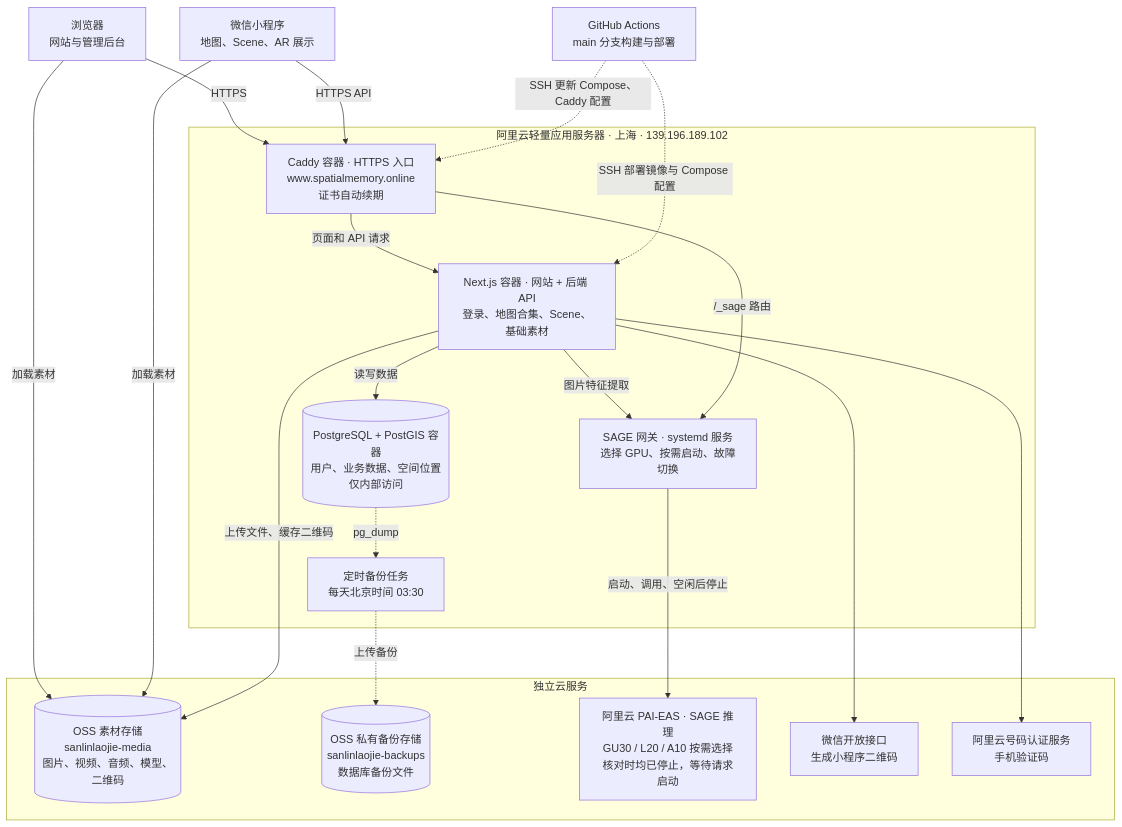
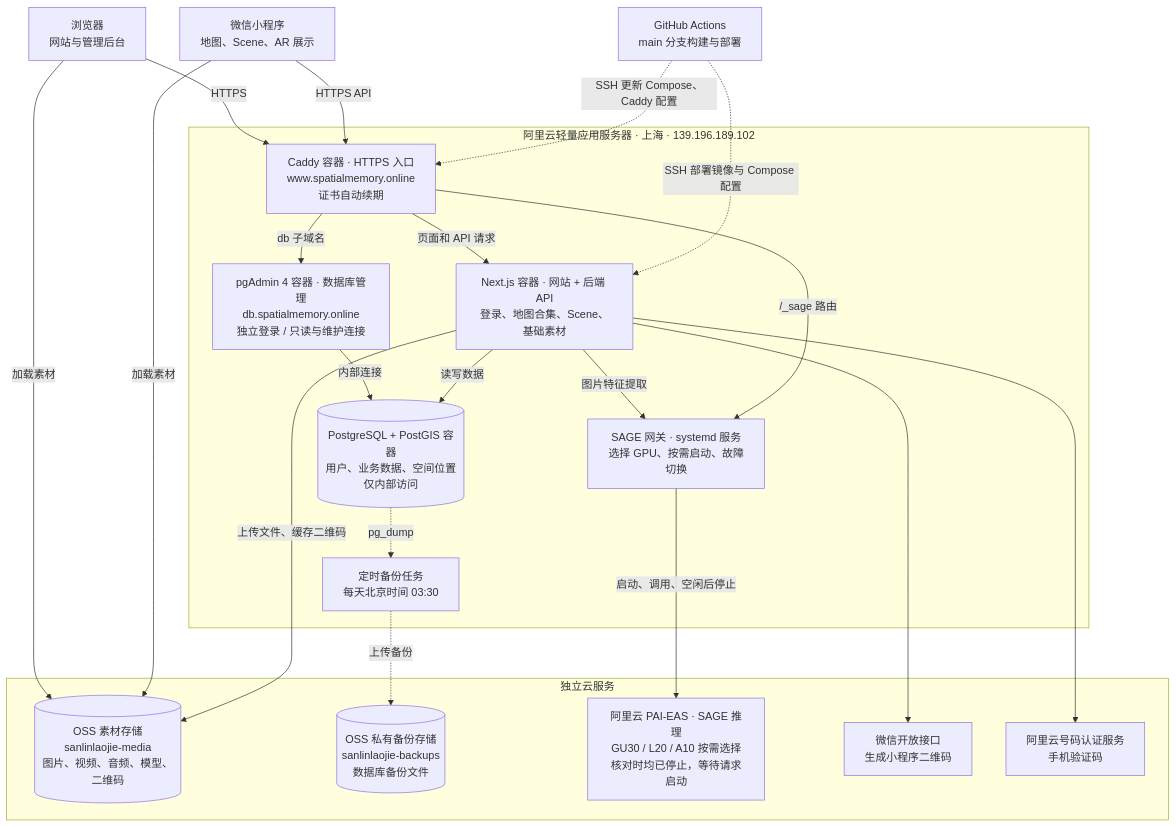
Before and after one commit to WangZhewei1027/sanlinlaojie: the diagram in docs/production-deployment.md, drawn with Mermaid. The commit also changed other lines of this file and 11 other files, not shown here.

````diff
--- a/docs/production-deployment.md
+++ b/docs/production-deployment.md
@@ -11,40 +11,43 @@
 ```mermaid
 flowchart TB
     WEB["浏览器<br/>网站与管理后台"]
     MINI["微信小程序<br/>地图、Scene、AR 展示"]
     CI["GitHub Actions<br/>main 分支构建与部署"]
 
     subgraph SERVER["阿里云轻量应用服务器 · 上海 · 139.196.189.102"]
         CADDY["Caddy 容器 · HTTPS 入口<br/>www.spatialmemory.online<br/>证书自动续期"]
         APP["Next.js 容器 · 网站 + 后端 API<br/>登录、地图合集、Scene、基础素材"]
+        PGADMIN["pgAdmin 4 容器 · 数据库管理<br/>db.spatialmemory.online<br/>独立登录 / 只读与维护连接"]
         DB[("PostgreSQL + PostGIS 容器<br/>用户、业务数据、空间位置<br/>仅内部访问")]
         SAGE["SAGE 网关 · systemd 服务<br/>选择 GPU、按需启动、故障切换"]
         BACKUP["定时备份任务<br/>每天北京时间 03:30"]
 
         CADDY -->|"页面和 API 请求"| APP
+        CADDY -->|"db 子域名"| PGADMIN
+        PGADMIN -->|"内部连接"| DB
         APP -->|"读写数据"| DB
         APP -->|"图片特征提取"| SAGE
         CADDY -->|"/_sage 路由"| SAGE
         DB -.->|"pg_dump"| BACKUP
     end
 
     subgraph CLOUD["独立云服务"]
         MEDIA[("OSS 素材存储<br/>sanlinlaojie-media<br/>图片、视频、音频、模型、二维码")]
         ARCHIVE[("OSS 私有备份存储<br/>sanlinlaojie-backups<br/>数据库备份文件")]
         GPU["阿里云 PAI-EAS · SAGE 推理<br/>GU30 / L20 / A10 按需选择<br/>核对时均已停止，等待请求启动"]
         WX["微信开放接口<br/>生成小程序二维码"]
         SMS["阿里云号码认证服务<br/>手机验证码"]
     end
 
     WEB -->|"HTTPS"| CADDY
     MINI -->|"HTTPS API"| CADDY
     WEB -->|"加载素材"| MEDIA
     MINI -->|"加载素材"| MEDIA
     APP -->|"上传文件、缓存二维码"| MEDIA
     APP --> WX
     APP --> SMS
     SAGE -->|"启动、调用、空闲后停止"| GPU
     BACKUP -.->|"上传备份"| ARCHIVE
     CI -.->|"SSH 更新 Compose、Caddy 配置"| CADDY
     CI -.->|"SSH 部署镜像与 Compose 配置"| APP
 ```
````
